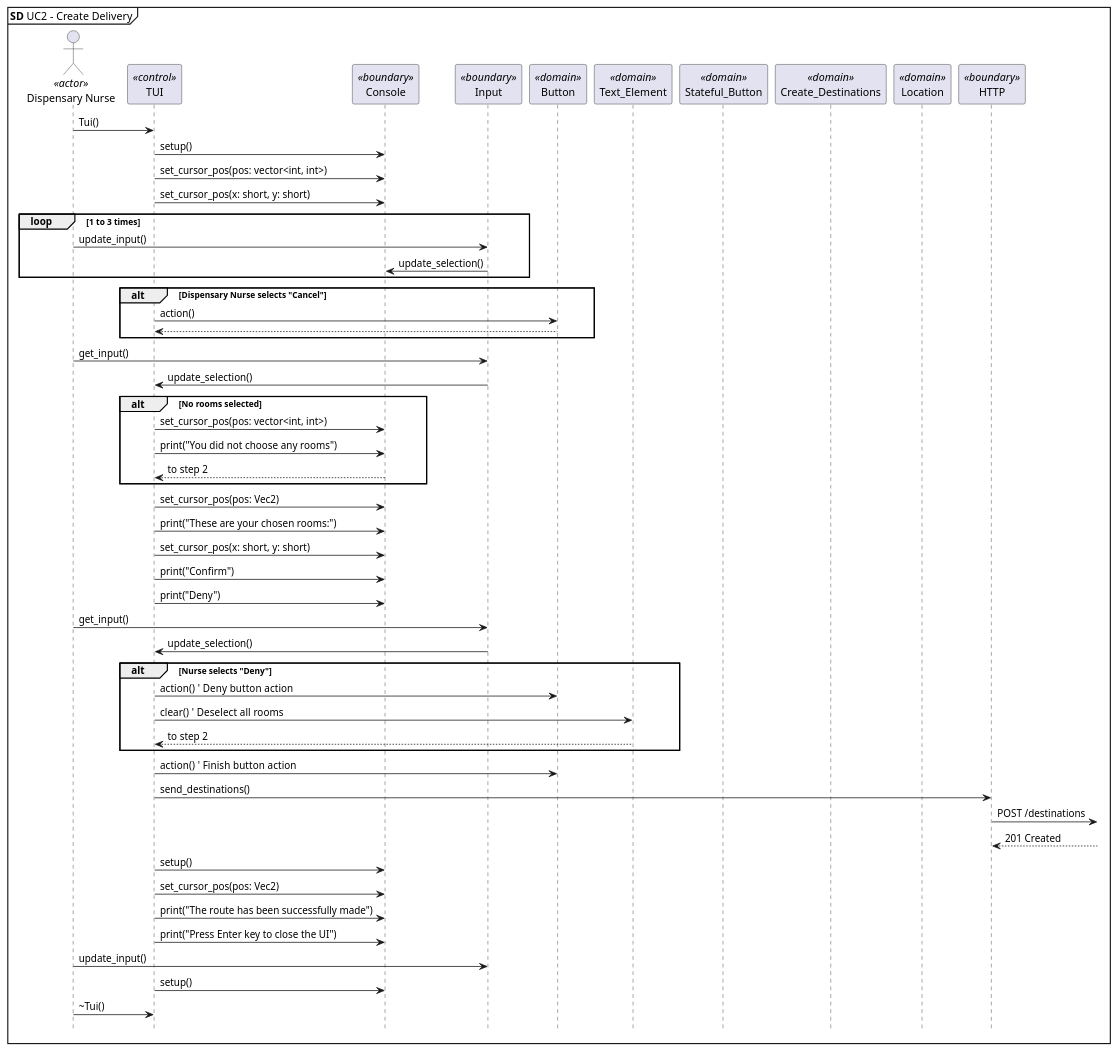
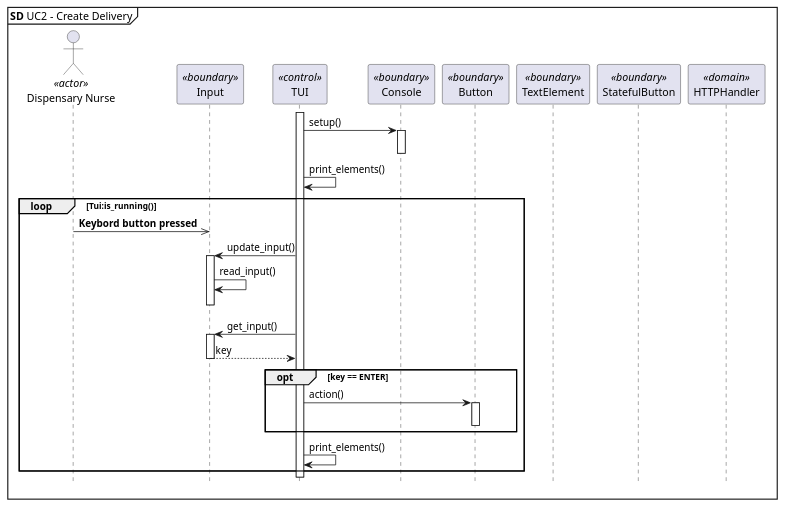
One commit to lineklemensen/PRJ3 changed the diagram in docs/diagrams/Plantuml/apModel/uc2sd-pc.puml. Above: the diagram before and after it, drawn with PlantUML.

Commit message:
updated uc2sd but still in progress

```diff
--- a/docs/diagrams/Plantuml/apModel/uc2sd-pc.puml
+++ b/docs/diagrams/Plantuml/apModel/uc2sd-pc.puml
@@ -1,94 +1,51 @@
 @startuml SD UC2 - Create Delivery
 
 mainframe **SD** UC2 - Create Delivery
 hide footbox
 
 actor "Dispensary Nurse" as dn <<actor>>
+participant "Input" as in <<boundary>>
 participant "TUI" as tui <<control>>
 participant "Console" as cs <<boundary>>
-participant "Input" as in <<boundary>>
-participant "Button" as b <<domain>>
-participant "Text_Element" as te <<domain>>
-participant "Stateful_Button" as sb <<domain>>
-participant "Create_Destinations" as pcd <<domain>>
-participant "Location" as l <<domain>>
-participant "HTTP" as pc_http <<boundary>>
+participant "Button" as b <<boundary>>
+participant "TextElement" as te <<boundary>>
+participant "StatefulButton" as sb <<boundary>>
+participant "HTTPHandler" as pc_http <<domain>>
 
-'1. Nurse opens TUI
-dn -> tui : Tui()
+'1. TUI active/open TUI
+tui++ 
 
 '2. TUI displays message and list of rooms
 tui -> cs : setup()
-tui -> cs : set_cursor_pos(pos: vector<int, int>)
 
-'3. A Finish and Cancel button appears
-tui -> cs : set_cursor_pos(x: short, y: short) 
+'3.
+cs++
+cs--
 
-'4. Dispensary nurse selects up to 3 rooms
-loop 1 to 3 times
-    dn -> in : update_input()
-    in -> cs : update_selection()
+'5.
+tui -> tui: print_elements()
+
+'6.
+loop Tui:is_running()
+dn ->> in : **Keybord button pressed**
+tui -> in++ : update_input()
+in -> in : read_input()
+in -[hidden]-> in
+in--
+tui -> in++ : get_input()
+in --> tui : key
+in--
+opt key == ENTER
+tui -> b++ : action()
+b--
+
 end
+tui -> tui : print_elements()
+end 
 
-'Exception 1: Nurse cancels operation
-alt Dispensary Nurse selects "Cancel"
-    tui -> b : action() 
-    return
-end
 
-'5. Dispensary nurse selects "Finish"
-dn -> in : get_input()
-in -> tui : update_selection()
 
-'Exception 2: No rooms selected
-alt No rooms selected
-    tui -> cs : set_cursor_pos(pos: vector<int, int>)
-    tui -> cs : print("You did not choose any rooms")
-    return to step 2
-end
 
-' Step 6: Display confirmation message
-tui -> cs : set_cursor_pos(pos: Vec2)
-tui -> cs : print("These are your chosen rooms:")
-
-' Step 7: Display "Confirm" and "Deny" options
-tui -> cs : set_cursor_pos(x: short, y: short)
-tui -> cs : print("Confirm")
-tui -> cs : print("Deny")
-
-' Step 8: Nurse selects "Confirm"
-dn -> in : get_input()
-in -> tui : update_selection()
-
-' Extension 3: Nurse selects "Deny"
-alt Nurse selects "Deny"
-    tui -> b : action()  ' Deny button action
-    tui -> te : clear()  ' Deselect all rooms
-    return to step 2
-end
-
-' Step 9: Send route to server
-tui -> b : action()  ' Finish button action
-tui -> pc_http : send_destinations()
-pc_http ->] : POST /destinations
-pc_http <--] : 201 Created
-
-' Step 11: Clear screen
-tui -> cs : setup()
-
-' Step 12: Display success message
-tui -> cs : set_cursor_pos(pos: Vec2)
-tui -> cs : print("The route has been successfully made")
-
-' Step 13: Display "Press Enter key to close the UI"
-tui -> cs : print("Press Enter key to close the UI")
-
-' Step 14: Enter key is pressed
-dn -> in : update_input()
-
-' Step 15: Close UI
-tui -> cs : setup()
-dn -> tui : ~Tui()
 
 
 @enduml
```
